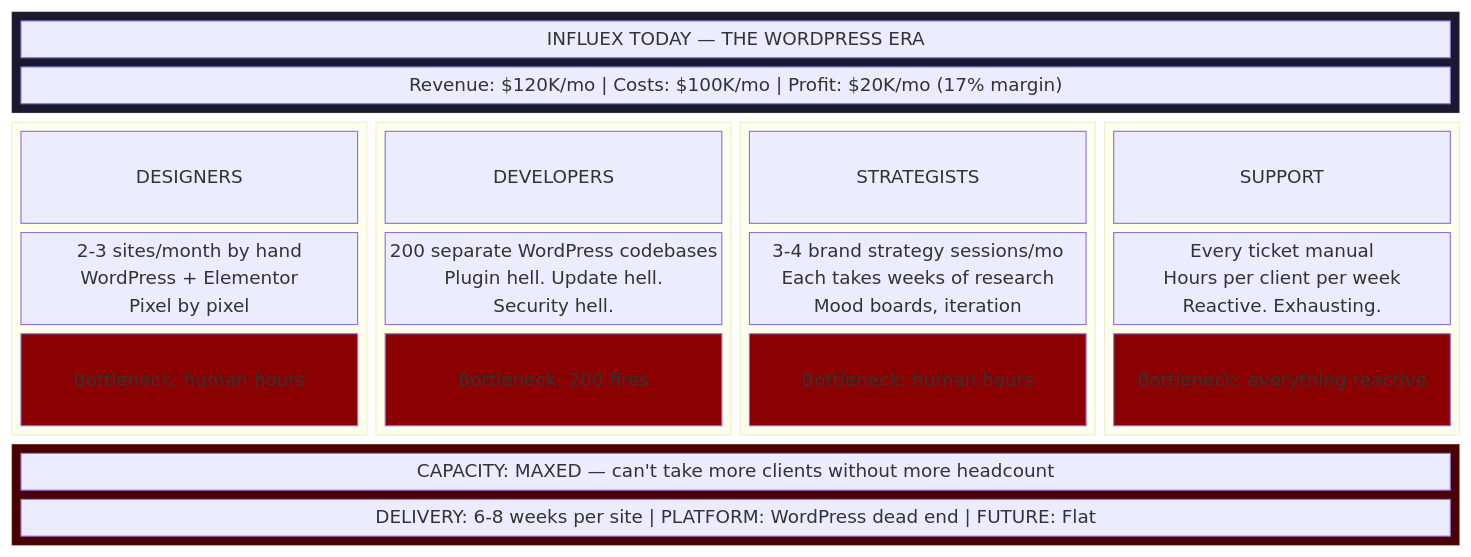
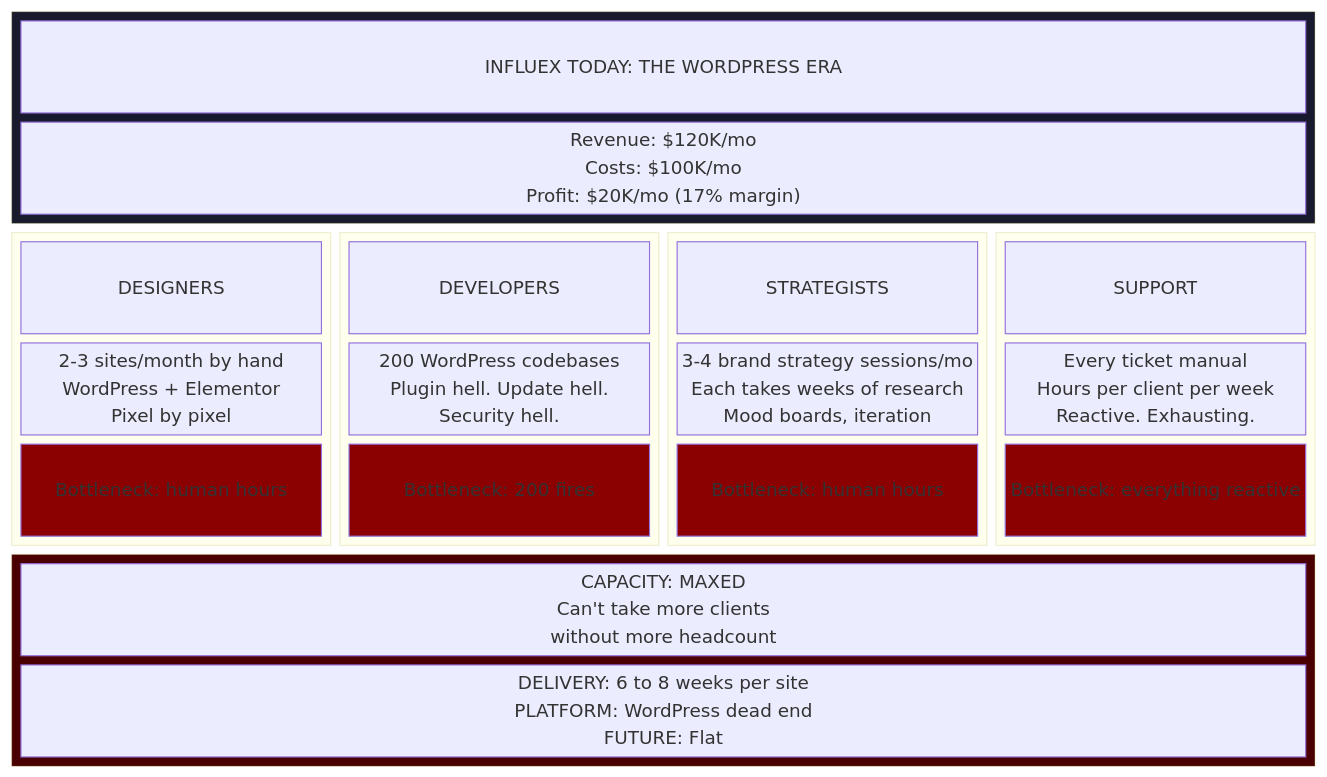
One commit to Light-Brands/qie changed the first of 7 diagrams in legal-vault/proposals/influex-strategic-partnership-2026-02-22.md. Above: the diagram before and after it, drawn with Mermaid. The commit also changed other lines of this file, not shown here.

First line of the commit message:
Remove all dashes and em dashes, shorten Mermaid diagram text

````diff
--- a/legal-vault/proposals/influex-strategic-partnership-2026-02-22.md
+++ b/legal-vault/proposals/influex-strategic-partnership-2026-02-22.md
@@ -101,50 +101,50 @@
 ```mermaid
 block-beta
   columns 4
   block:header:4
     columns 1
-    A["INFLUEX TODAY — THE WORDPRESS ERA"]
-    B["Revenue: $120K/mo | Costs: $100K/mo | Profit: $20K/mo (17% margin)"]
+    A["INFLUEX TODAY: THE WORDPRESS ERA"]
+    B["Revenue: $120K/mo\nCosts: $100K/mo\nProfit: $20K/mo (17% margin)"]
   end
 
   block:designers:1
     columns 1
     D1["DESIGNERS"]
     D2["2-3 sites/month by hand\nWordPress + Elementor\nPixel by pixel"]
     D3["Bottleneck: human hours"]
   end
 
   block:developers:1
     columns 1
     E1["DEVELOPERS"]
-    E2["200 separate WordPress codebases\nPlugin hell. Update hell.\nSecurity hell."]
+    E2["200 WordPress codebases\nPlugin hell. Update hell.\nSecurity hell."]
     E3["Bottleneck: 200 fires"]
   end
 
   block:strategists:1
     columns 1
     F1["STRATEGISTS"]
     F2["3-4 brand strategy sessions/mo\nEach takes weeks of research\nMood boards, iteration"]
     F3["Bottleneck: human hours"]
   end
 
   block:support:1
     columns 1
     G1["SUPPORT"]
     G2["Every ticket manual\nHours per client per week\nReactive. Exhausting."]
     G3["Bottleneck: everything reactive"]
   end
 
   block:footer:4
     columns 1
-    H["CAPACITY: MAXED — can't take more clients without more headcount"]
-    I["DELIVERY: 6-8 weeks per site | PLATFORM: WordPress dead end | FUTURE: Flat"]
+    H["CAPACITY: MAXED\nCan't take more clients\nwithout more headcount"]
+    I["DELIVERY: 6 to 8 weeks per site\nPLATFORM: WordPress dead end\nFUTURE: Flat"]
   end
 
   style header fill:#1a1a2e,color:#fff
   style footer fill:#4a0000,color:#fff
   style D3 fill:#8b0000,color:#fff
   style E3 fill:#8b0000,color:#fff
   style F3 fill:#8b0000,color:#fff
   style G3 fill:#8b0000,color:#fff
 ```
````
